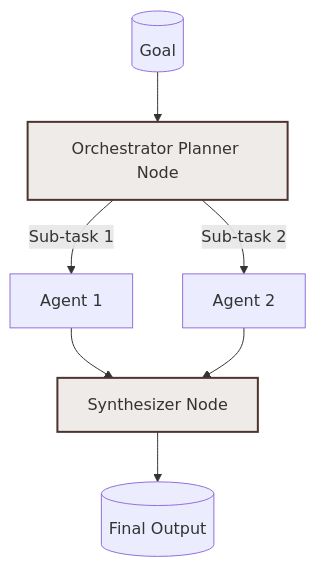
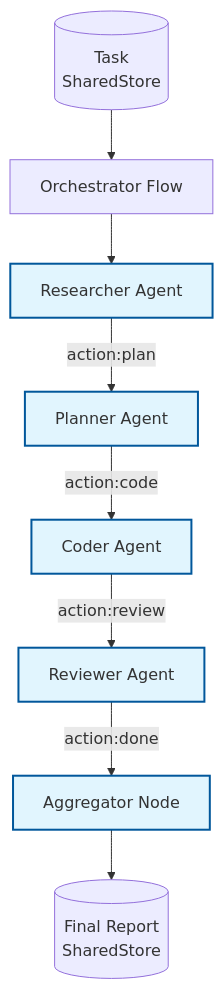
Before and after one commit to EzekTec-Inc/AgentFlow: the diagram in examples/ORCHESTRATOR_MULTI_AGENT.md, drawn with Mermaid. The commit also changed other lines of this file and 23 other files, not shown here.

````diff
--- a/examples/ORCHESTRATOR_MULTI_AGENT.md
+++ b/examples/ORCHESTRATOR_MULTI_AGENT.md
@@ -13,12 +28,13 @@
 ```mermaid
 graph TD
-    Goal[(Goal)] --> Planner[Orchestrator Planner Node]
-    Planner -->|Sub-task 1| A1[Agent 1]
-    Planner -->|Sub-task 2| A2[Agent 2]
-    A1 --> Synthesizer[Synthesizer Node]
-    A2 --> Synthesizer
-    Synthesizer --> Final[(Final Output)]
-    
-    classDef orch fill:#efebe9,stroke:#4e342e,stroke-width:2px;
-    class Planner,Synthesizer orch;
+    Task[(Task<br>SharedStore)] --> Orchestrator[Orchestrator Flow]
+    Orchestrator --> Researcher[Researcher Agent]
+    Researcher -->|action:plan| Planner[Planner Agent]
+    Planner -->|action:code| Coder[Coder Agent]
+    Coder -->|action:review| Reviewer[Reviewer Agent]
+    Reviewer -->|action:done| Aggregator[Aggregator Node]
+    Aggregator --> Report[(Final Report<br>SharedStore)]
+
+    classDef agent fill:#e1f5fe,stroke:#01579b,stroke-width:2px;
+    class Researcher,Planner,Coder,Reviewer,Aggregator agent;
 ```
````
